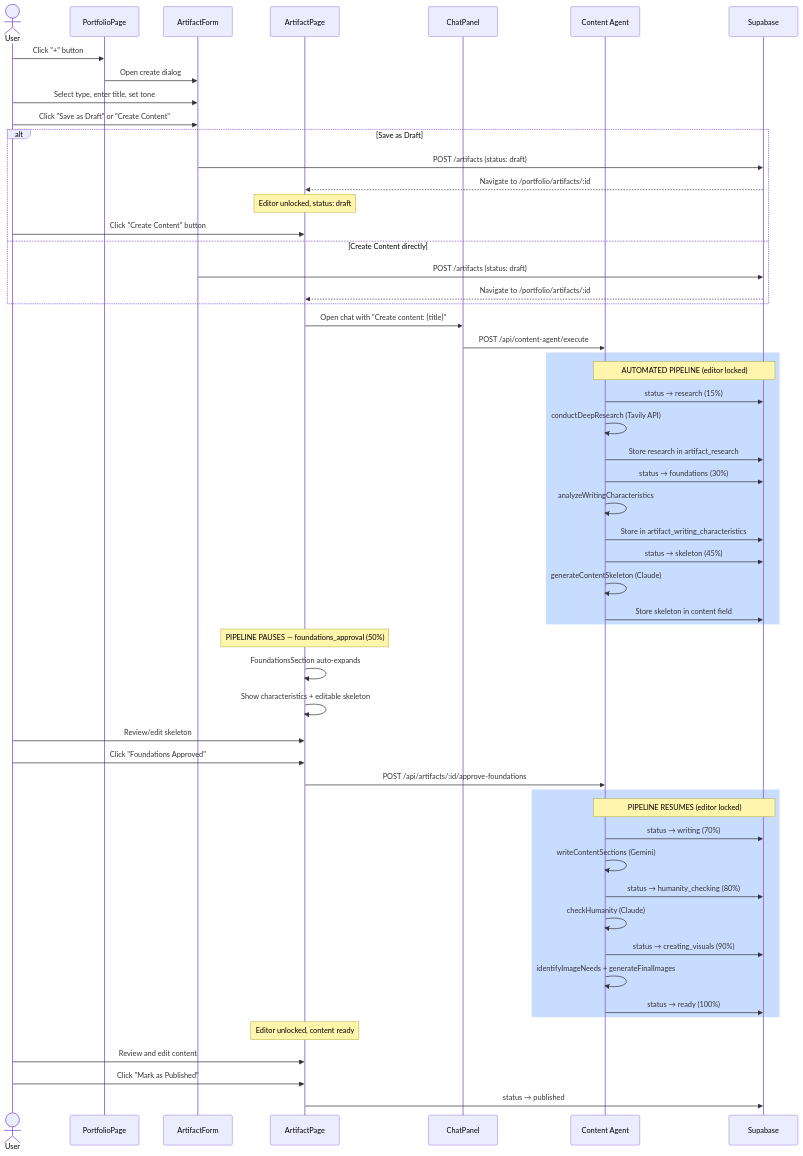
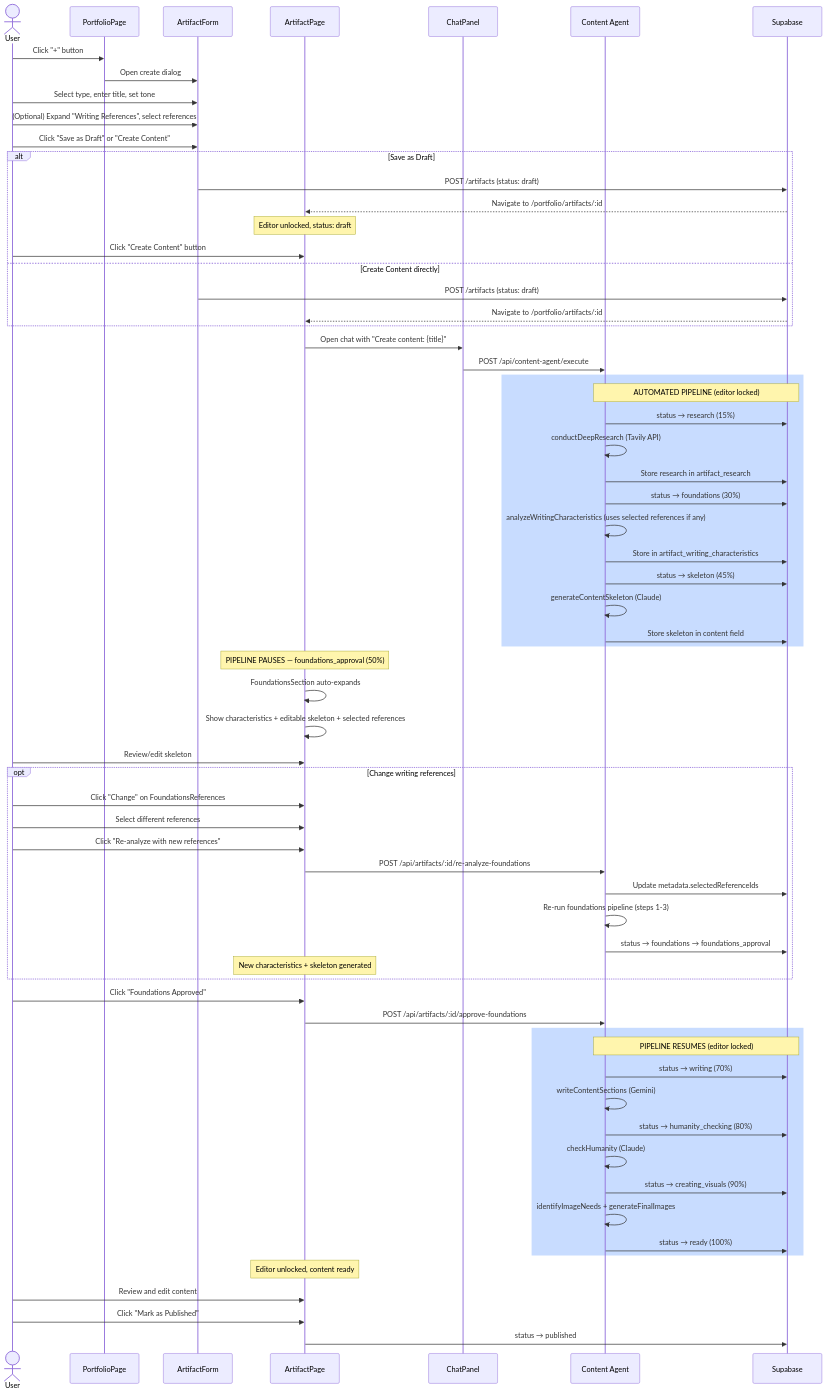
Before and after one commit to kobiagi-builder/nextup: the first of 5 diagrams in docs/flows/artifact-creation-flow.md, drawn with Mermaid. The commit also changed other lines of this file and 46 other files, not shown here.

First line of the commit message:
feat(portfolio): add reference picker with post-creation content regeneration

````diff
--- a/docs/flows/artifact-creation-flow.md
+++ b/docs/flows/artifact-creation-flow.md
@@ -28,65 +28,76 @@
 ```mermaid
 sequenceDiagram
     actor User
     participant Portfolio as PortfolioPage
     participant Form as ArtifactForm
     participant Editor as ArtifactPage
     participant Chat as ChatPanel
     participant Backend as Content Agent
     participant DB as Supabase
 
     User->>Portfolio: Click "+" button
     Portfolio->>Form: Open create dialog
     User->>Form: Select type, enter title, set tone
+    User->>Form: (Optional) Expand "Writing References", select references
     User->>Form: Click "Save as Draft" or "Create Content"
 
     alt Save as Draft
         Form->>DB: POST /artifacts (status: draft)
         DB-->>Editor: Navigate to /portfolio/artifacts/:id
         Note over Editor: Editor unlocked, status: draft
         User->>Editor: Click "Create Content" button
     else Create Content directly
         Form->>DB: POST /artifacts (status: draft)
         DB-->>Editor: Navigate to /portfolio/artifacts/:id
     end
 
     Editor->>Chat: Open chat with "Create content: {title}"
     Chat->>Backend: POST /api/content-agent/execute
 
     rect rgb(200, 220, 255)
         Note over Backend,DB: AUTOMATED PIPELINE (editor locked)
         Backend->>DB: status → research (15%)
         Backend->>Backend: conductDeepResearch (Tavily API)
         Backend->>DB: Store research in artifact_research
         Backend->>DB: status → foundations (30%)
-        Backend->>Backend: analyzeWritingCharacteristics
+        Backend->>Backend: analyzeWritingCharacteristics (uses selected references if any)
         Backend->>DB: Store in artifact_writing_characteristics
         Backend->>DB: status → skeleton (45%)
         Backend->>Backend: generateContentSkeleton (Claude)
         Backend->>DB: Store skeleton in content field
     end
 
     Note over Editor: PIPELINE PAUSES — foundations_approval (50%)
     Editor->>Editor: FoundationsSection auto-expands
-    Editor->>Editor: Show characteristics + editable skeleton
+    Editor->>Editor: Show characteristics + editable skeleton + selected references
 
     User->>Editor: Review/edit skeleton
+    opt Change writing references
+        User->>Editor: Click "Change" on FoundationsReferences
+        User->>Editor: Select different references
+        User->>Editor: Click "Re-analyze with new references"
+        Editor->>Backend: POST /api/artifacts/:id/re-analyze-foundations
+        Backend->>DB: Update metadata.selectedReferenceIds
+        Backend->>Backend: Re-run foundations pipeline (steps 1-3)
+        Backend->>DB: status → foundations → foundations_approval
+        Note over Editor: New characteristics + skeleton generated
+    end
     User->>Editor: Click "Foundations Approved"
     Editor->>Backend: POST /api/artifacts/:id/approve-foundations
 
     rect rgb(200, 220, 255)
         Note over Backend,DB: PIPELINE RESUMES (editor locked)
         Backend->>DB: status → writing (70%)
         Backend->>Backend: writeContentSections (Gemini)
         Backend->>DB: status → humanity_checking (80%)
         Backend->>Backend: checkHumanity (Claude)
         Backend->>DB: status → creating_visuals (90%)
         Backend->>Backend: identifyImageNeeds + generateFinalImages
         Backend->>DB: status → ready (100%)
     end
 
     Note over Editor: Editor unlocked, content ready
     User->>Editor: Review and edit content
     User->>Editor: Click "Mark as Published"
     Editor->>DB: status → published
 ```
````
